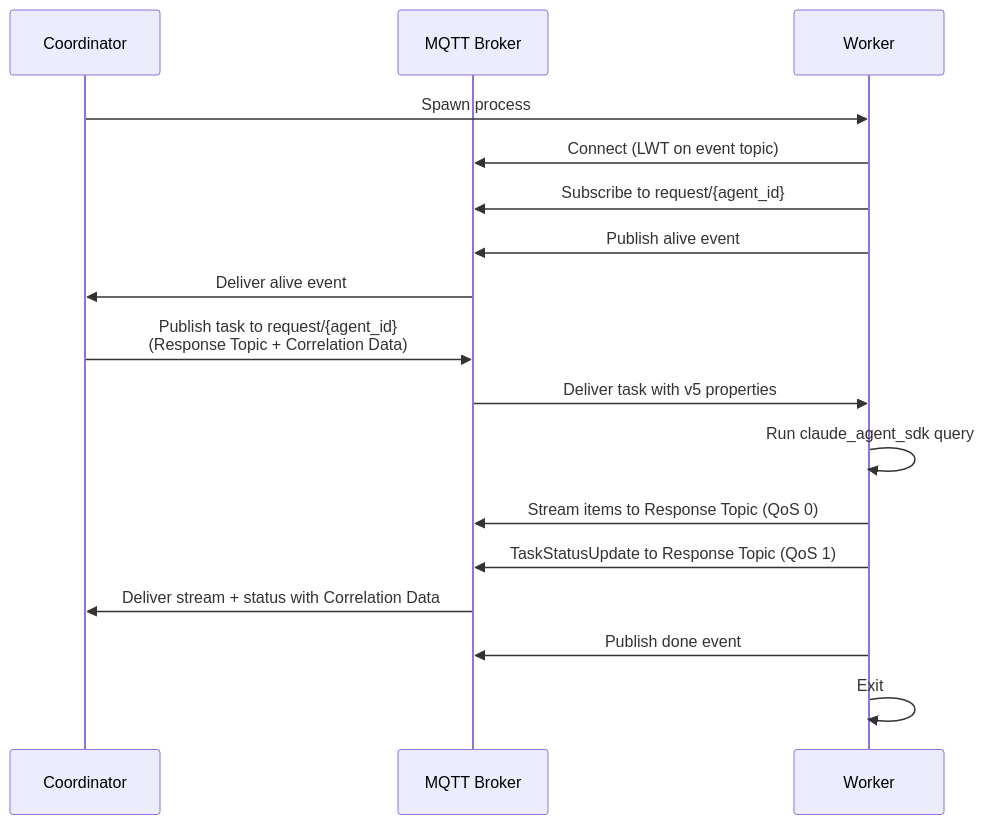
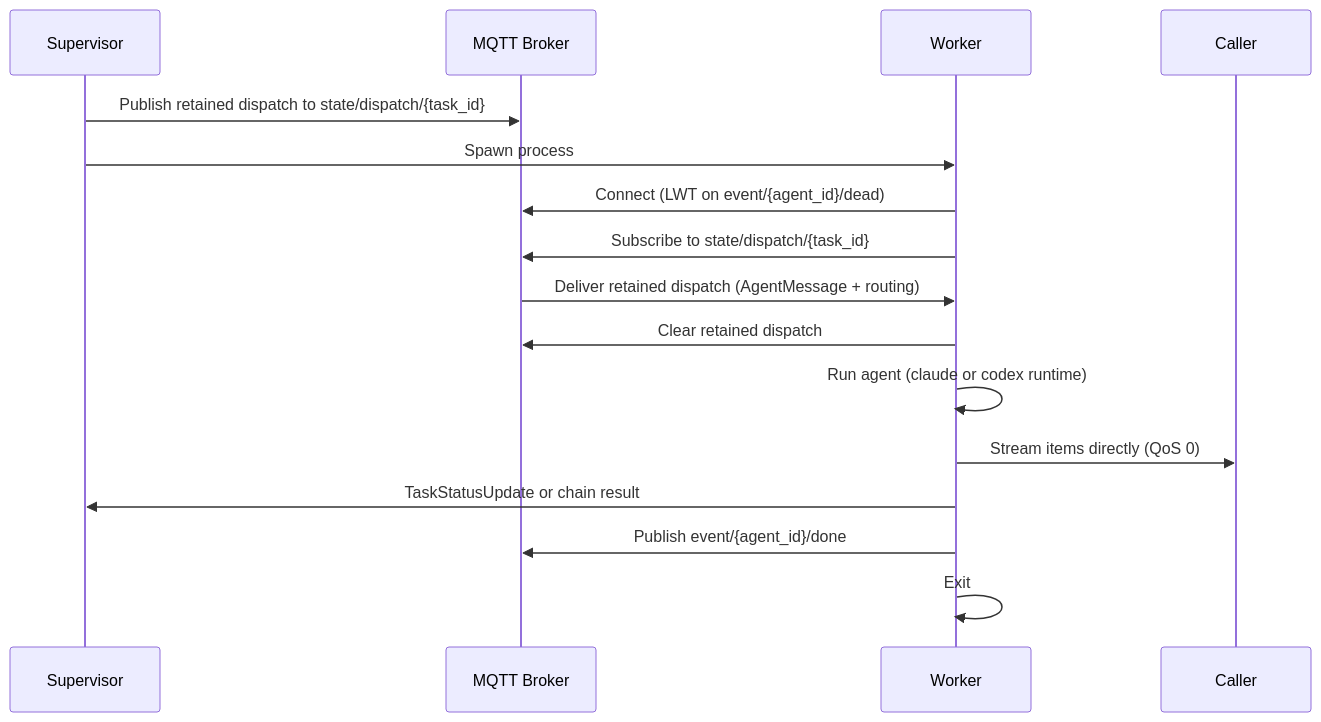
The third of 3 diagrams in docs/architecture.md (id/skitter), drawn with Mermaid before and after one commit. The commit also changed other lines of this file and 17 other files, not shown here.

First line of the commit message:
feat: chain-based routing, retained dispatch, and A2A compliance

````diff
--- a/docs/architecture.md
+++ b/docs/architecture.md
@@ -53,20 +91,18 @@
 ```mermaid
 sequenceDiagram
-    participant C as Coordinator
+    participant S as Supervisor
     participant B as MQTT Broker
     participant W as Worker
 
-    C->>W: Spawn process
-    W->>B: Connect (LWT on event topic)
-    W->>B: Subscribe to request/{agent_id}
-    W->>B: Publish alive event
-    B->>C: Deliver alive event
-    C->>B: Publish task to request/{agent_id}<br/>(Response Topic + Correlation Data)
-    B->>W: Deliver task with v5 properties
-    W->>W: Run claude_agent_sdk query
-    W->>B: Stream items to Response Topic (QoS 0)
-    W->>B: TaskStatusUpdate to Response Topic (QoS 1)
-    B->>C: Deliver stream + status with Correlation Data
-    W->>B: Publish done event
+    S->>B: Publish retained dispatch to state/dispatch/{task_id}
+    S->>W: Spawn process
+    W->>B: Connect (LWT on event/{agent_id}/dead)
+    W->>B: Subscribe to state/dispatch/{task_id}
+    B->>W: Deliver retained dispatch (AgentMessage + routing)
+    W->>B: Clear retained dispatch
+    W->>W: Run agent (claude or codex runtime)
+    W->>Caller: Stream items directly (QoS 0)
+    W->>S: TaskStatusUpdate or chain result
+    W->>B: Publish event/{agent_id}/done
     W->>W: Exit
 ```
````
